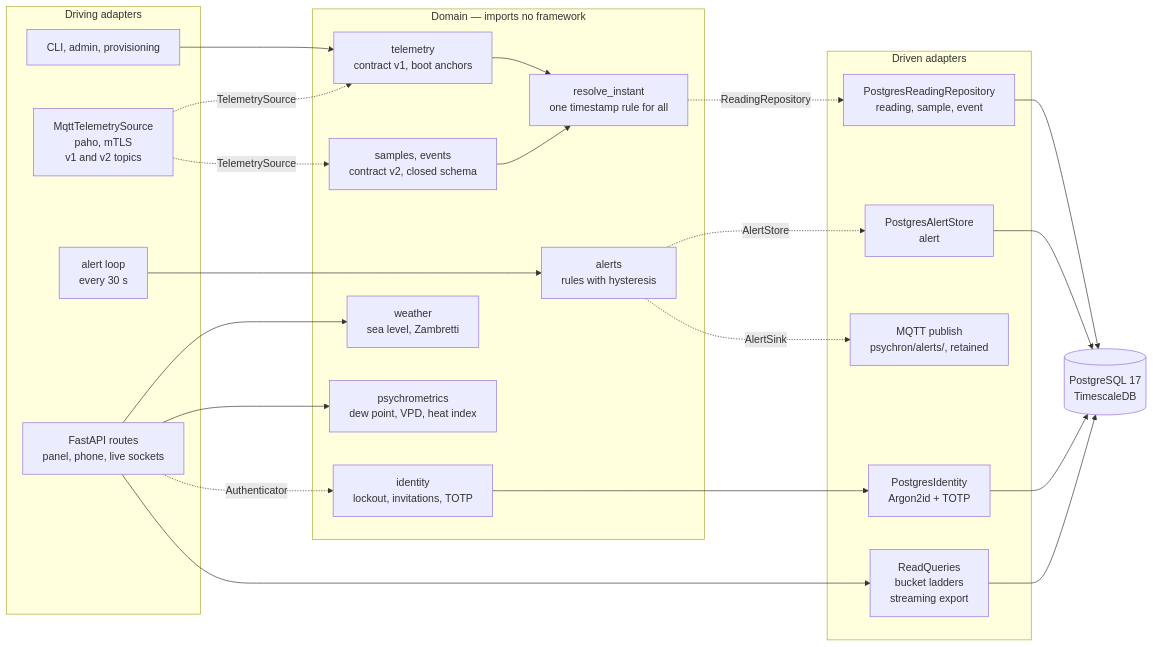
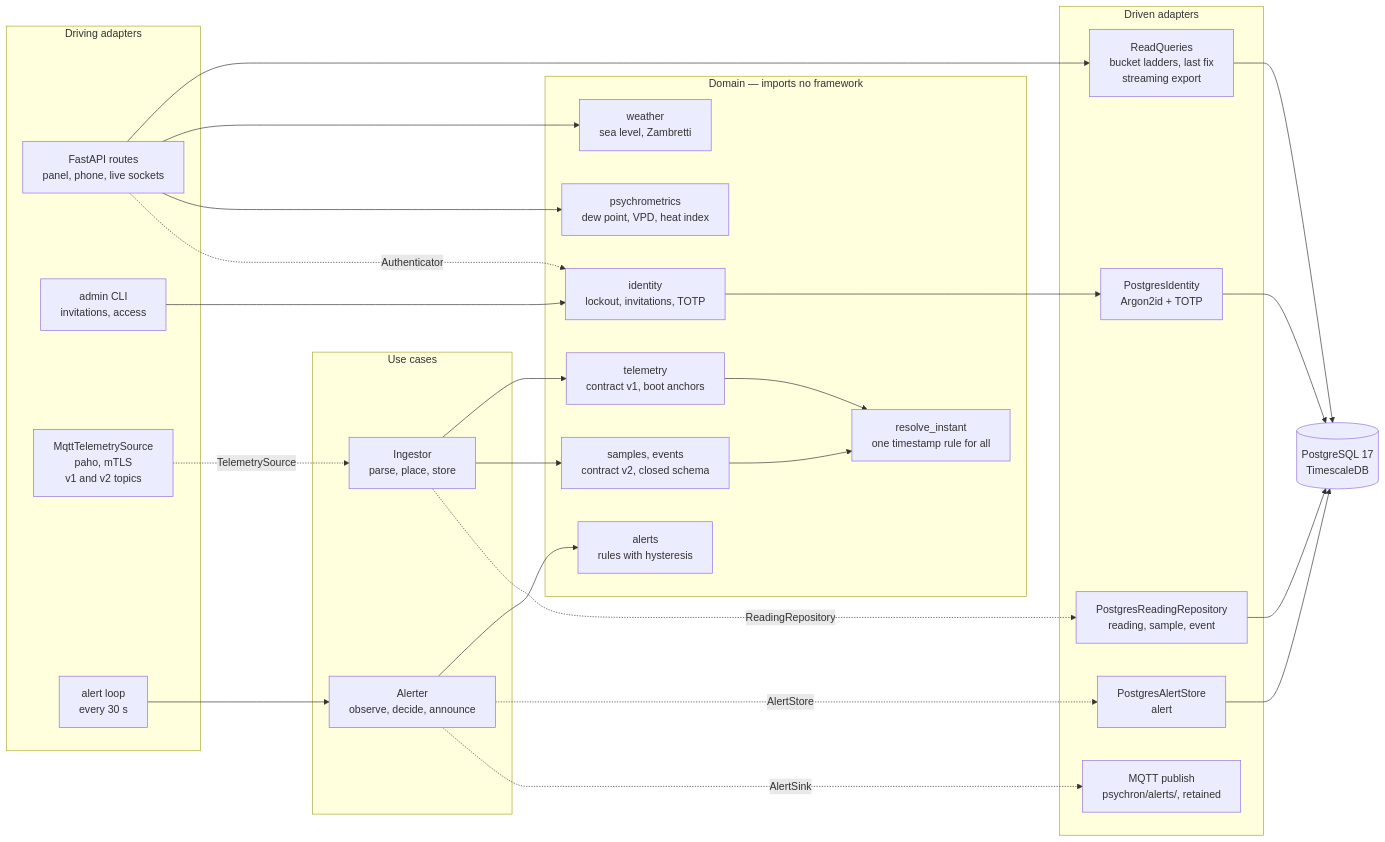
One commit to Zoel-Manchon/psychron changed the second of 5 diagrams in README.md. Above: the diagram before and after it, drawn with Mermaid. The commit also changed other lines of this file and 3 other files, not shown here.

First line of the commit message:
Bring the README and its diagrams in line with the system as built

````diff
--- a/README.md
+++ b/README.md
@@ -87,48 +87,55 @@
 ```mermaid
 flowchart LR
     subgraph driving["Driving adapters"]
-        CLI["CLI, admin, provisioning"]
+        HTTP["FastAPI routes<br/>panel, phone, live sockets"]
+        CLI["admin CLI<br/>invitations, access"]
         MQTT["MqttTelemetrySource<br/>paho, mTLS<br/>v1 and v2 topics"]
         TICK["alert loop<br/>every 30 s"]
-        HTTP["FastAPI routes<br/>panel, phone, live sockets"]
+    end
+
+    subgraph cases["Use cases"]
+        ING["Ingestor<br/>parse, place, store"]
+        ALT["Alerter<br/>observe, decide, announce"]
     end
 
     subgraph core["Domain — imports no framework"]
+        WEA["weather<br/>sea level, Zambretti"]
+        PSY["psychrometrics<br/>dew point, VPD, heat index"]
+        IDN["identity<br/>lockout, invitations, TOTP"]
         TEL["telemetry<br/>contract v1, boot anchors"]
         SMP["samples, events<br/>contract v2, closed schema"]
         CLK["resolve_instant<br/>one timestamp rule for all"]
         ALR["alerts<br/>rules with hysteresis"]
-        WEA["weather<br/>sea level, Zambretti"]
-        PSY["psychrometrics<br/>dew point, VPD, heat index"]
-        IDN["identity<br/>lockout, invitations, TOTP"]
     end
 
     subgraph out["Driven adapters"]
+        RQ["ReadQueries<br/>bucket ladders, last fix<br/>streaming export"]
+        IDP["PostgresIdentity<br/>Argon2id + TOTP"]
         PG["PostgresReadingRepository<br/>reading, sample, event"]
         AST["PostgresAlertStore<br/>alert"]
         PUB["MQTT publish<br/>psychron/alerts/, retained"]
-        IDP["PostgresIdentity<br/>Argon2id + TOTP"]
-        RQ["ReadQueries<br/>bucket ladders<br/>streaming export"]
     end
 
     DB[("PostgreSQL 17<br/>TimescaleDB")]
 
-    CLI --> TEL
-    MQTT -.->|"TelemetrySource"| TEL
-    MQTT -.->|"TelemetrySource"| SMP
+    HTTP ----> RQ
+    HTTP ---> WEA
+    HTTP ---> PSY
+    HTTP -..->|"Authenticator"| IDN
+    CLI ---> IDN
+    IDN ---> IDP
+    MQTT -.->|"TelemetrySource"| ING
+    ING --> TEL
+    ING --> SMP
     TEL --> CLK
     SMP --> CLK
-    CLK -.->|"ReadingRepository"| PG
-    TICK --> ALR
-    ALR -.->|"AlertStore"| AST
-    ALR -.->|"AlertSink"| PUB
-    HTTP --> WEA
-    HTTP --> PSY
-    HTTP -.->|"Authenticator"| IDN
-    HTTP --> RQ
-    IDN --> IDP
+    ING -...->|"ReadingRepository"| PG
+    TICK --> ALT
+    ALT --> ALR
+    ALT -...->|"AlertStore"| AST
+    ALT -...->|"AlertSink"| PUB
+    RQ --> DB
+    IDP --> DB
     PG --> DB
     AST --> DB
-    IDP --> DB
-    RQ --> DB
 ```
````
